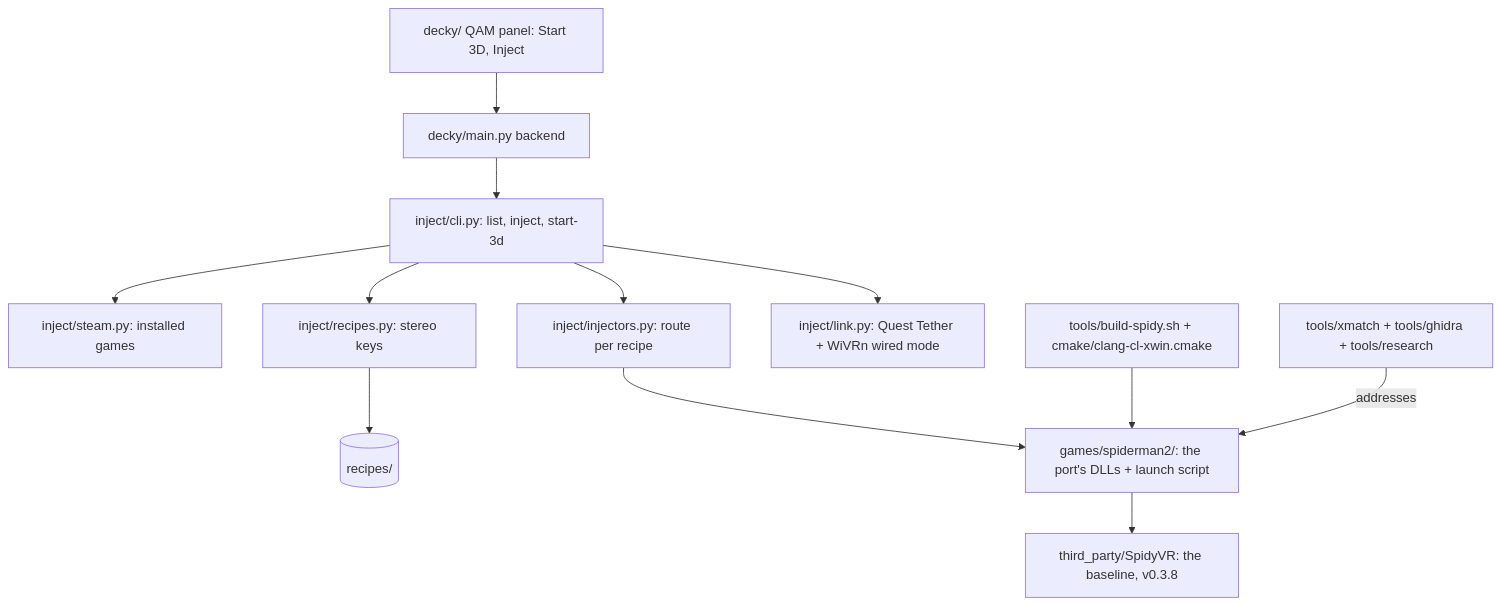
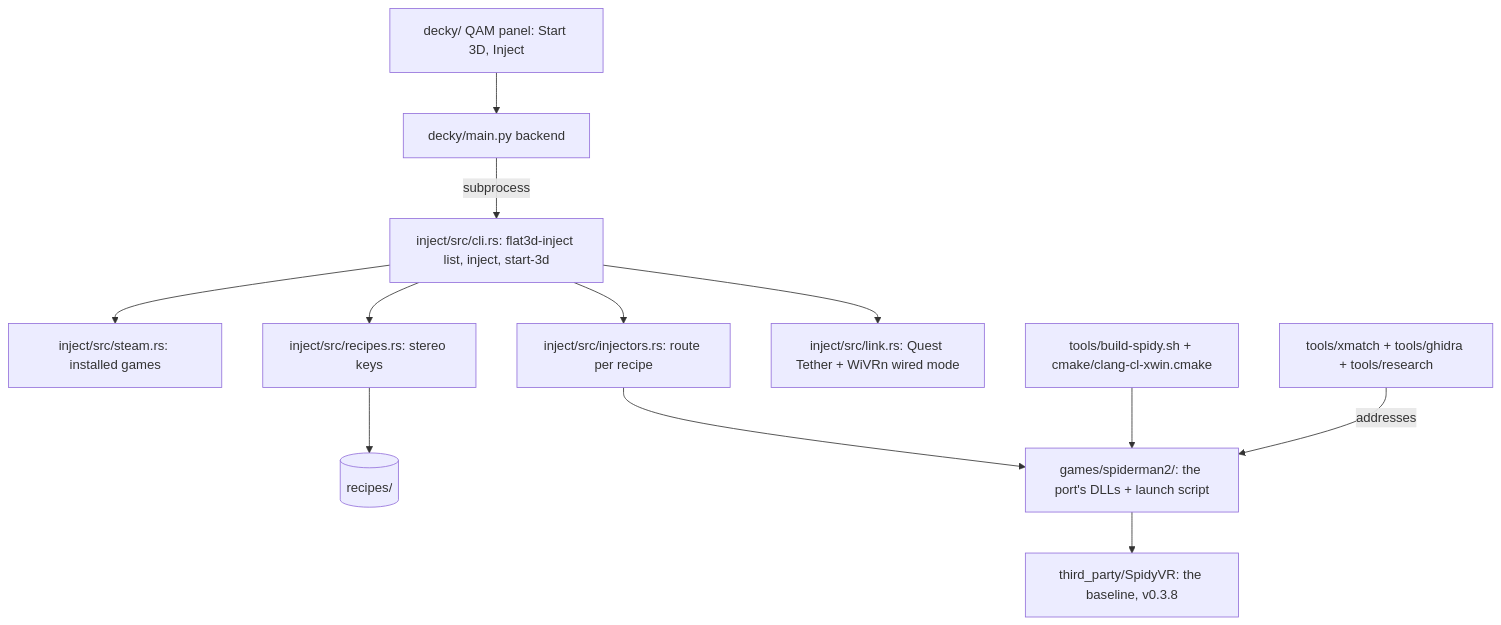
Before and after one commit to iannitram/flat-to-3d: the diagram in docs/code-map.md, drawn with Mermaid. The commit also changed other lines of this file and 24 other files, not shown here.

First line of the commit message:
Inject engine in Rust; recipes live in this repo (the owner's rulings)

````diff
--- a/docs/code-map.md
+++ b/docs/code-map.md
@@ -9,14 +9,14 @@
 ```mermaid
 flowchart TD
     QAM[decky/ QAM panel: Start 3D, Inject] --> Back[decky/main.py backend]
-    Back --> CLI[inject/cli.py: list, inject, start-3d]
-    CLI --> Steam[inject/steam.py: installed games]
-    CLI --> Rec[inject/recipes.py: stereo keys]
-    CLI --> Inj[inject/injectors.py: route per recipe]
-    CLI --> Link[inject/link.py: Quest Tether + WiVRn wired mode]
+    Back -->|subprocess| CLI[inject/src/cli.rs: flat3d-inject list, inject, start-3d]
+    CLI --> Steam[inject/src/steam.rs: installed games]
+    CLI --> Rec[inject/src/recipes.rs: stereo keys]
+    CLI --> Inj[inject/src/injectors.rs: route per recipe]
+    CLI --> Link[inject/src/link.rs: Quest Tether + WiVRn wired mode]
     Rec --> RecFiles[(recipes/)]
     Inj --> Port[games/spiderman2/: the port's DLLs + launch script]
     Port --> Spidy[third_party/SpidyVR: the baseline, v0.3.8]
     Build[tools/build-spidy.sh + cmake/clang-cl-xwin.cmake] --> Port
     Match[tools/xmatch + tools/ghidra + tools/research] -->|addresses| Port
 ```
````
